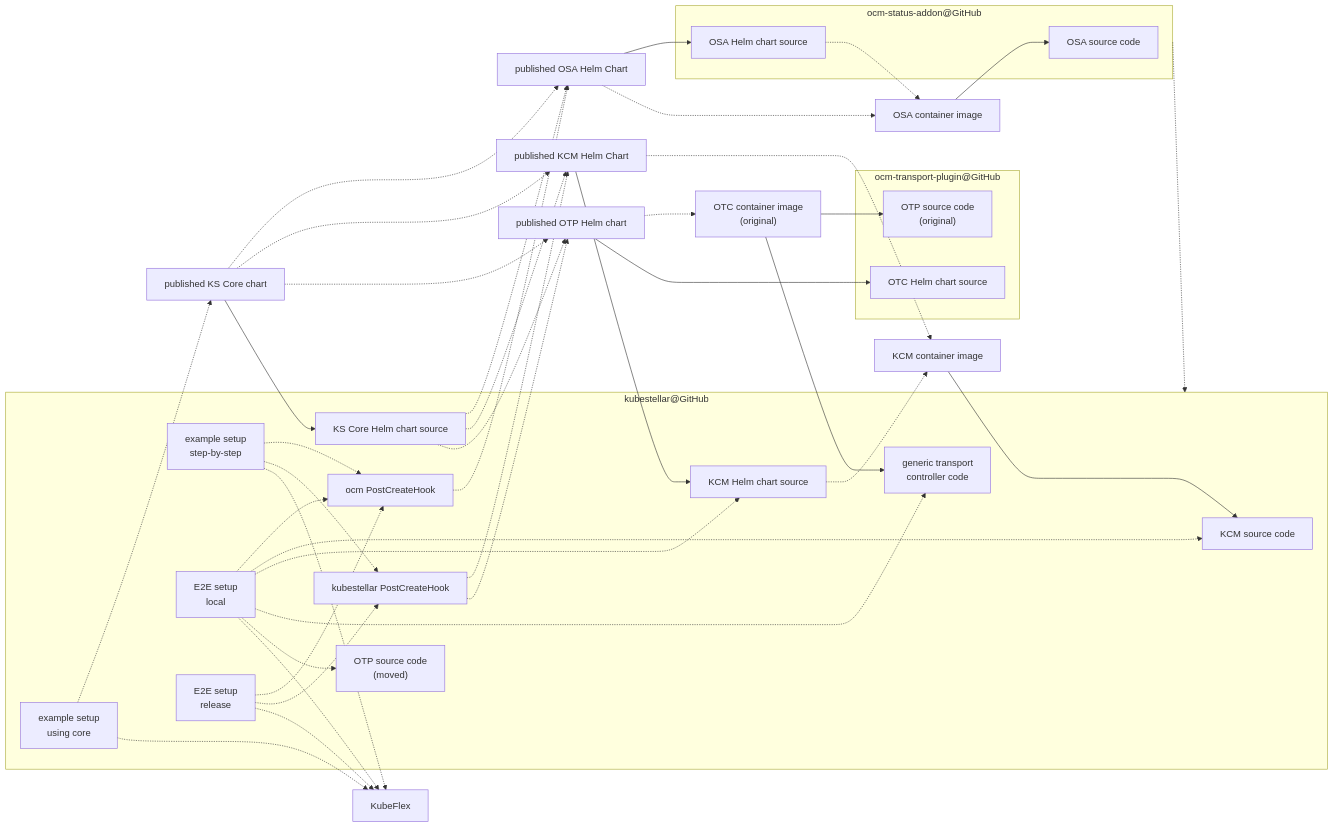
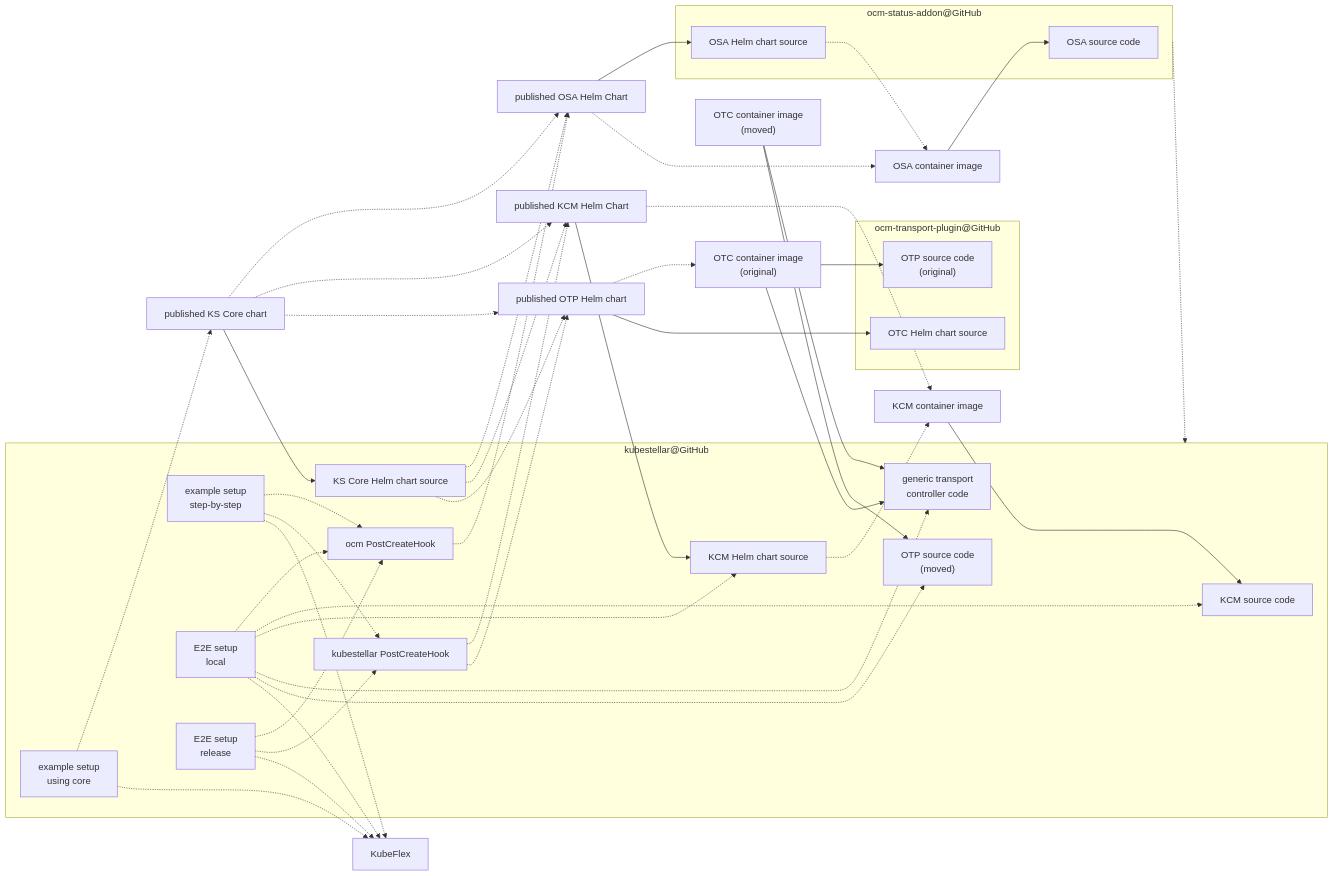
Before and after one commit to kubestellar/kubestellar: the fifth of 5 diagrams in docs/content/direct/packaging.md, drawn with Mermaid. The commit also changed other lines of this file and 1 other file, not shown here.

Commit message:
Extend goreleaser to build OTC image

````diff
--- a/docs/content/direct/packaging.md
+++ b/docs/content/direct/packaging.md
@@ -345,61 +347,64 @@
 ```mermaid
 flowchart LR
     subgraph otp_repo["ocm-transport-plugin@GitHub"]
     otp_code_ur["OTP source code<br>(original)"]
     otp_hc_src[OTC Helm chart source]
     end
     subgraph osa_repo["ocm-status-addon@GitHub"]
     osa_code[OSA source code]
     osa_hc_src[OSA Helm chart source]
     end
     osa_ctr_image[OSA container image] --> osa_code
     osa_hc_repo[published OSA Helm Chart] --> osa_hc_src
     osa_hc_src -.-> osa_ctr_image
     osa_hc_repo -.-> osa_ctr_image
     subgraph ks_repo["kubestellar@GitHub"]
     kcm_code[KCM source code]
     gtc_code["generic transport<br>controller code"]
     otp_code["OTP source code<br>(moved)"]
     kcm_hc_src[KCM Helm chart source]
     ksc_hc_src[KS Core Helm chart source]
     ks_pch[kubestellar PostCreateHook]
     ocm_pch["ocm PostCreateHook"]
     setup_ksc["example setup<br>using core"]
     setup_steps["example setup<br>step-by-step"]
     e2e_local["E2E setup<br>local"]
     e2e_release["E2E setup<br>release"]
     end
     osa_repo -.-> ks_repo
     ocm_pch -.-> osa_hc_repo
     kcm_ctr_image[KCM container image] --> kcm_code
     kcm_hc_repo[published KCM Helm Chart] --> kcm_hc_src
     kcm_hc_src -.-> kcm_ctr_image
     kcm_hc_repo -.-> kcm_ctr_image
     ks_pch -.-> kcm_hc_repo
     ks_pch -.-> otp_hc_repo[published OTP Helm chart]
+    otc_ctr_image["OTC container image<br>(moved)"]
+    otc_ctr_image --> gtc_code
+    otc_ctr_image --> otp_code
     otp_hc_repo -.-> otc_ctr_image_ur["OTC container image<br>(original)"]
     otp_hc_repo --> otp_hc_src
     otc_ctr_image_ur --> gtc_code
     otc_ctr_image_ur --> otp_code_ur
     ksc_hc_repo[published KS Core chart] --> ksc_hc_src
     ksc_hc_src -.-> osa_hc_repo
     ksc_hc_src -.-> kcm_hc_repo
     ksc_hc_src -.-> otp_hc_repo
     ksc_hc_repo -.-> osa_hc_repo
     ksc_hc_repo -.-> kcm_hc_repo
     ksc_hc_repo -.-> otp_hc_repo
     setup_steps -.-> ocm_pch
     setup_steps -.-> ks_pch
     setup_steps -.-> KubeFlex
     setup_ksc -.-> ksc_hc_repo
     setup_ksc -.-> KubeFlex
     e2e_local -.-> ocm_pch
     e2e_local -.-> kcm_code
     e2e_local -.-> kcm_hc_src
     e2e_local -.-> gtc_code
     e2e_local -.-> otp_code
     e2e_local -.-> KubeFlex
     e2e_release -.-> ocm_pch
     e2e_release -.-> ks_pch
     e2e_release -.-> KubeFlex
 ```
````
